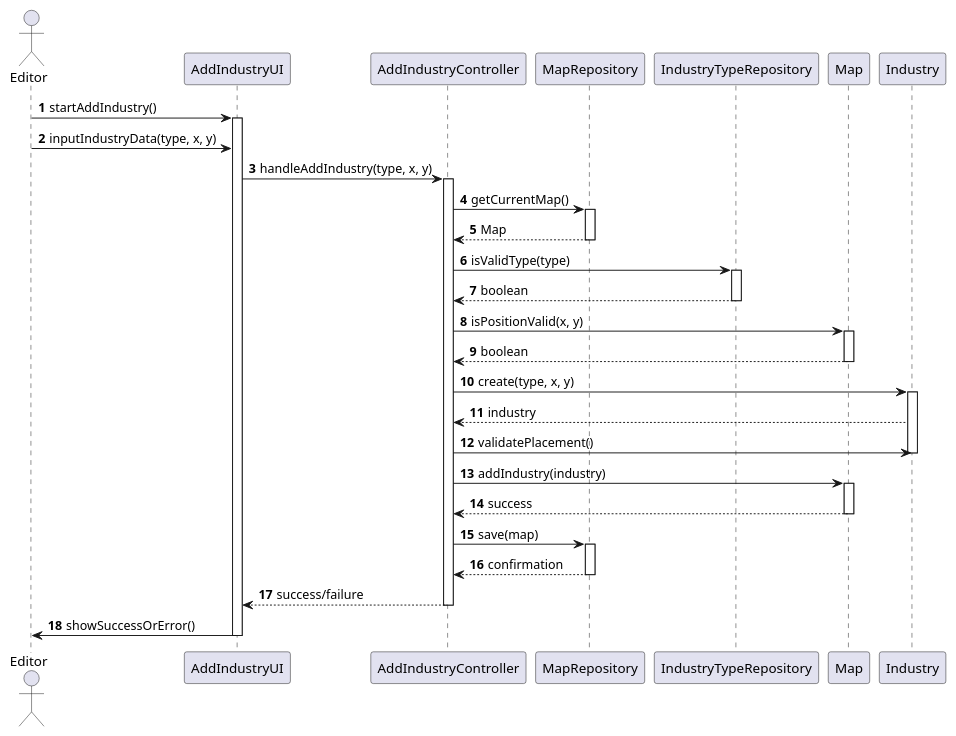
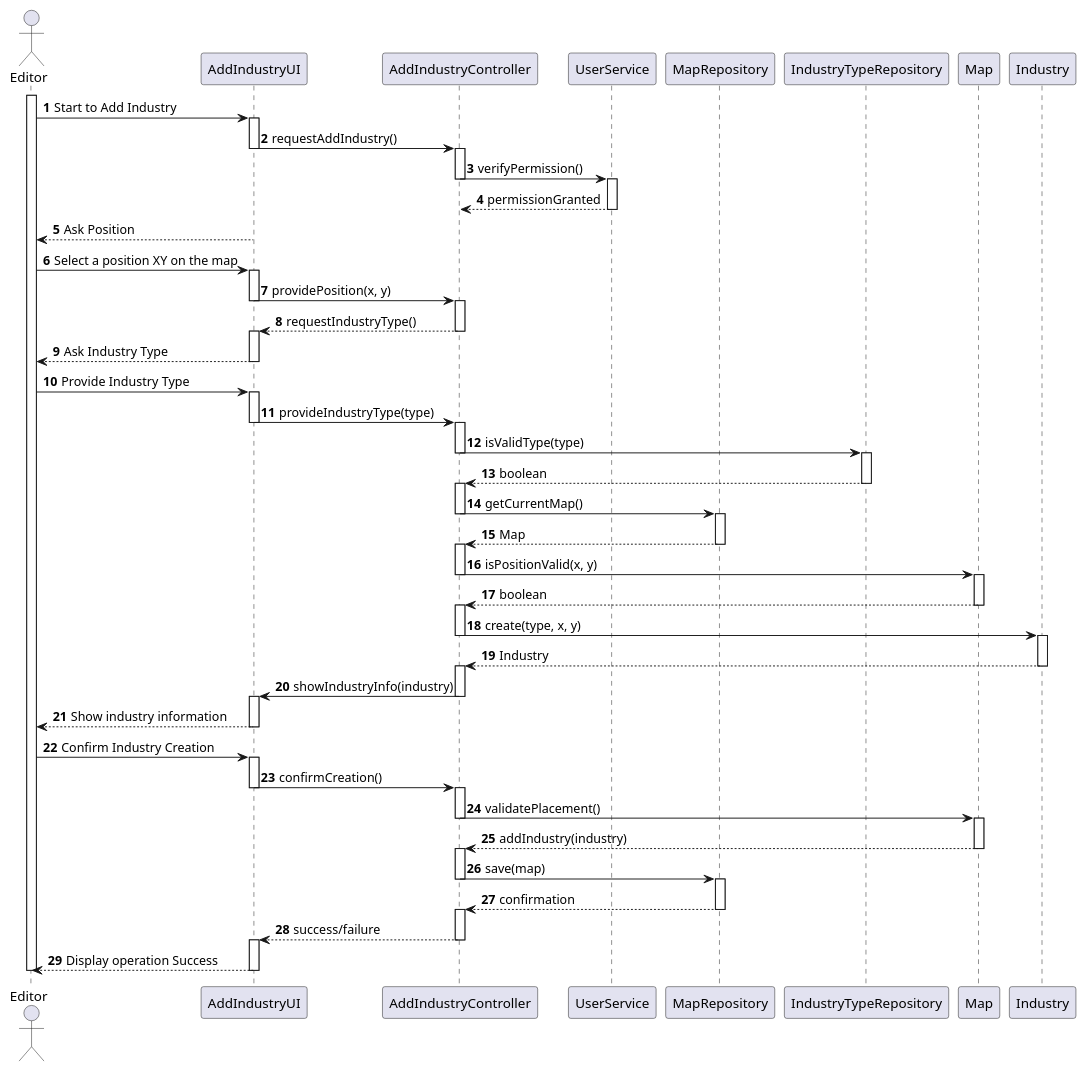
The diagram in Sprint2/US02/03.design.us02/puml/US02-SD-full.puml (Andremonteiro1240850/railway_simulator), drawn with PlantUML before and after one commit. The commit also changed 28 other files, not shown here.

```diff
--- a/Sprint2/US02/03.design.us02/puml/US02-SD-full.puml
+++ b/Sprint2/US02/03.design.us02/puml/US02-SD-full.puml
@@ -1,58 +1,122 @@
 @startuml
 'https://plantuml.com/sequence-diagram
 'skinparam monochrome true
 skinparam packageStyle rectangle
 skinparam shadowing false
 
 autonumber
 
 'hide footbox
 
 actor Editor
 
-Editor -> AddIndustryUI : startAddIndustry()
+participant AddIndustryUI
+participant AddIndustryController
+participant UserService
+participant MapRepository
+participant IndustryTypeRepository
+participant Map
+participant Industry
+
+activate Editor
+Editor -> AddIndustryUI : Start to Add Industry
+activate AddIndustryUI
+AddIndustryUI -> AddIndustryController : requestAddIndustry()
+deactivate AddIndustryUI
+activate AddIndustryController
+
+AddIndustryController -> UserService : verifyPermission()
+deactivate AddIndustryController
+activate UserService
+UserService --> AddIndustryController : permissionGranted
+deactivate UserService
+
+AddIndustryUI --> Editor : Ask Position
+
+Editor -> AddIndustryUI : Select a position XY on the map
+
 activate AddIndustryUI
 
-Editor -> AddIndustryUI : inputIndustryData(type, x, y)
+AddIndustryUI -> AddIndustryController : providePosition(x, y)
+deactivate AddIndustryUI
+activate AddIndustryController
+AddIndustryController --> AddIndustryUI : requestIndustryType()
+deactivate AddIndustryController
+activate AddIndustryUI
+AddIndustryUI --> Editor : Ask Industry Type
+deactivate AddIndustryUI
 
-AddIndustryUI -> AddIndustryController : handleAddIndustry(type, x, y)
+Editor -> AddIndustryUI : Provide Industry Type
+
+activate AddIndustryUI
+
+
+AddIndustryUI -> AddIndustryController : provideIndustryType(type)
+deactivate AddIndustryUI
+activate AddIndustryController
+
+AddIndustryController -> IndustryTypeRepository : isValidType(type)
+deactivate AddIndustryController
+activate IndustryTypeRepository
+IndustryTypeRepository --> AddIndustryController : boolean
+deactivate IndustryTypeRepository
 activate AddIndustryController
 
 AddIndustryController -> MapRepository : getCurrentMap()
+deactivate AddIndustryController
 activate MapRepository
 MapRepository --> AddIndustryController : Map
 deactivate MapRepository
-
-AddIndustryController -> IndustryTypeRepository : isValidType(type)
-activate IndustryTypeRepository
-IndustryTypeRepository --> AddIndustryController : boolean
-deactivate IndustryTypeRepository
+activate AddIndustryController
 
 AddIndustryController -> Map : isPositionValid(x, y)
+deactivate AddIndustryController
 activate Map
 Map --> AddIndustryController : boolean
 deactivate Map
+activate AddIndustryController
 
 AddIndustryController -> Industry : create(type, x, y)
+deactivate AddIndustryController
 activate Industry
-Industry --> AddIndustryController : industry
+Industry --> AddIndustryController : Industry
+deactivate Industry
+activate AddIndustryController
 
-AddIndustryController -> Industry : validatePlacement()
-deactivate Industry
+AddIndustryController -> AddIndustryUI : showIndustryInfo(industry)
+deactivate AddIndustryController
+activate AddIndustryUI
+AddIndustryUI --> Editor : Show industry information
+deactivate AddIndustryUI
 
-AddIndustryController -> Map : addIndustry(industry)
+Editor -> AddIndustryUI : Confirm Industry Creation
+activate AddIndustryUI
+AddIndustryUI -> AddIndustryController : confirmCreation()
+deactivate AddIndustryUI
+activate AddIndustryController
+
+AddIndustryController -> Map : validatePlacement()
+deactivate AddIndustryController
 activate Map
-Map --> AddIndustryController : success
+
+Map --> AddIndustryController : addIndustry(industry)
 deactivate Map
+activate AddIndustryController
+
 
 AddIndustryController -> MapRepository : save(map)
+deactivate AddIndustryController
 activate MapRepository
 MapRepository --> AddIndustryController : confirmation
 deactivate MapRepository
+activate AddIndustryController
 
 AddIndustryController --> AddIndustryUI : success/failure
 deactivate AddIndustryController
+activate AddIndustryUI
 
-AddIndustryUI -> Editor : showSuccessOrError()
+AddIndustryUI --> Editor : Display operation Success
 deactivate AddIndustryUI
+deactivate Editor
+
 @enduml
```
